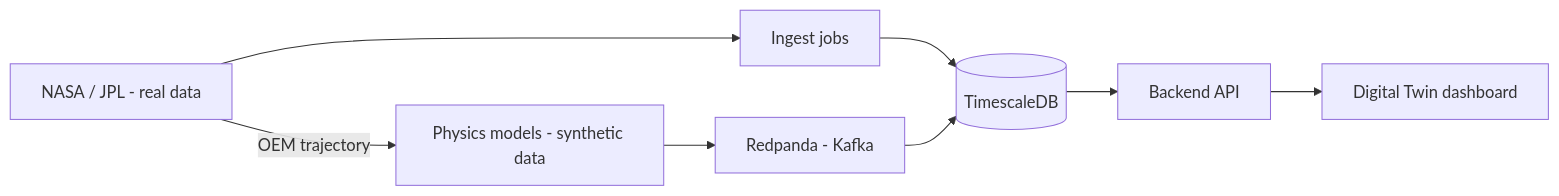
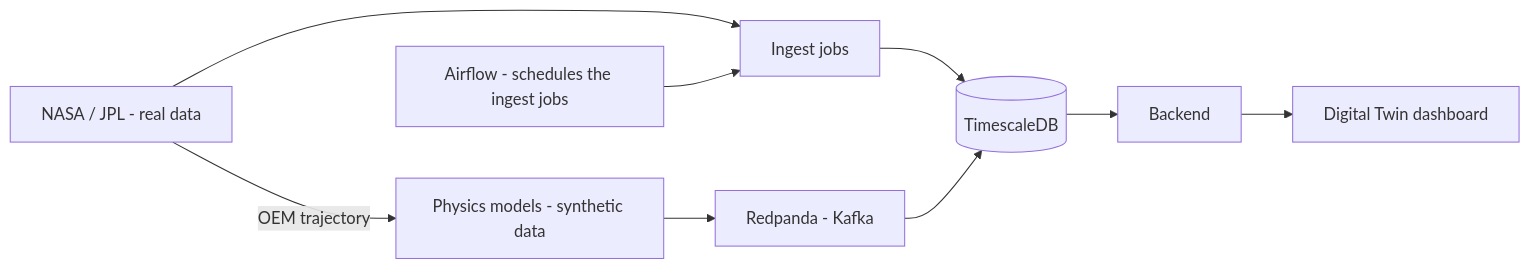
One commit to datatribe-collective-labs/telemetry changed the diagram in README.md. Above: the diagram before and after it, drawn with Mermaid. The commit also changed other lines of this file and 16 other files, not shown here.

First line of the commit message:
feat(deploy): schedule the real-data ingest jobs with Airflow (#42) (#52)

````diff
--- a/README.md
+++ b/README.md
@@ -10,18 +10,20 @@
 ```mermaid
 flowchart LR
     NASA["NASA / JPL - real data"]
+    Airflow["Airflow - schedules the ingest jobs"]
     Ingest["Ingest jobs"]
     Physics["Physics models - synthetic data"]
     Kafka["Redpanda - Kafka"]
     DB[("TimescaleDB")]
-    API["Backend API"]
+    API["Backend"]
     Twin["Digital Twin dashboard"]
 
     NASA --> Ingest
+    Airflow --> Ingest
     Ingest --> DB
     NASA -- OEM trajectory --> Physics
     Physics --> Kafka
     Kafka --> DB
     DB --> API
     API --> Twin
 ```
````
